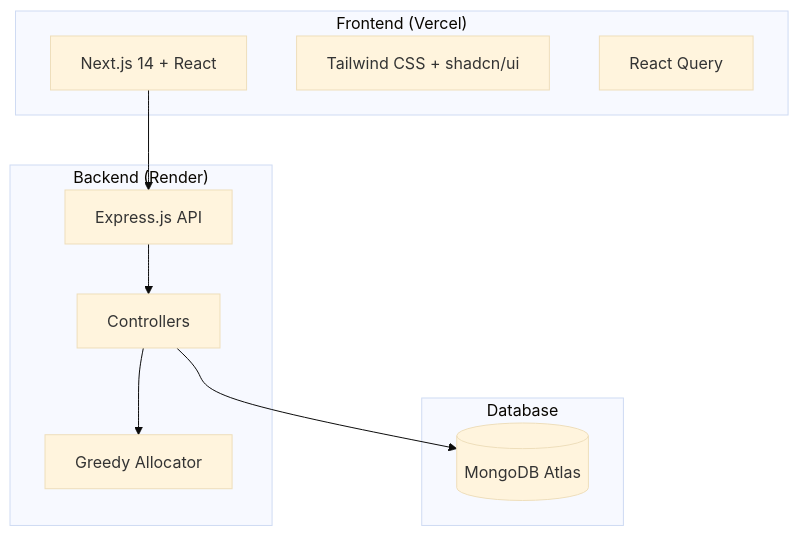
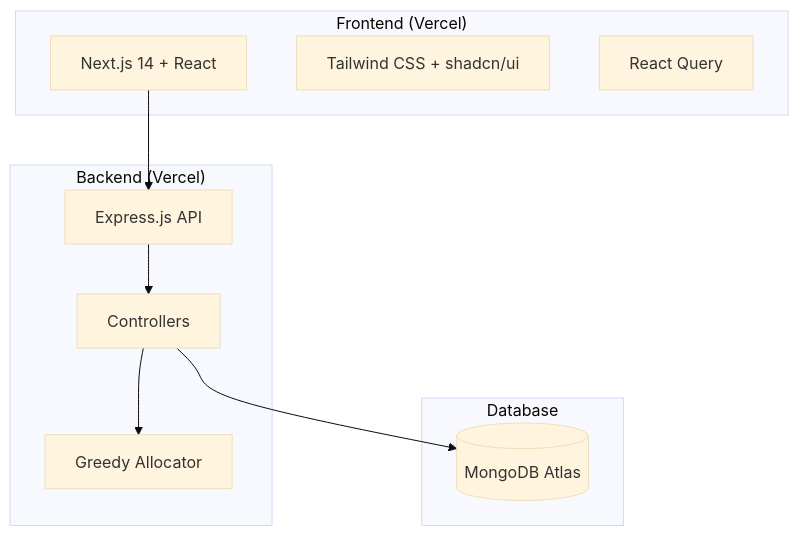
One commit to ImKartikey27/assessment changed the first of 3 diagrams in README.md. Above: the diagram before and after it, drawn with Mermaid (base theme). The commit also changed other lines of this file, not shown here.

Commit message:
UPDATE: readme with deployed links and Vercel config

````diff
--- a/README.md
+++ b/README.md
@@ -33,23 +33,23 @@
 ```mermaid
 flowchart TB
     subgraph Frontend["Frontend (Vercel)"]
         UI[Next.js 14 + React]
         TW[Tailwind CSS + shadcn/ui]
         RQ[React Query]
     end
     
-    subgraph Backend["Backend (Render)"]
+    subgraph Backend["Backend (Vercel)"]
         API[Express.js API]
         CTRL[Controllers]
         ALGO[Greedy Allocator]
     end
     
     subgraph Database["Database"]
         MONGO[(MongoDB Atlas)]
     end
     
     UI --> API
     API --> CTRL
     CTRL --> ALGO
     CTRL --> MONGO
 ```
````
